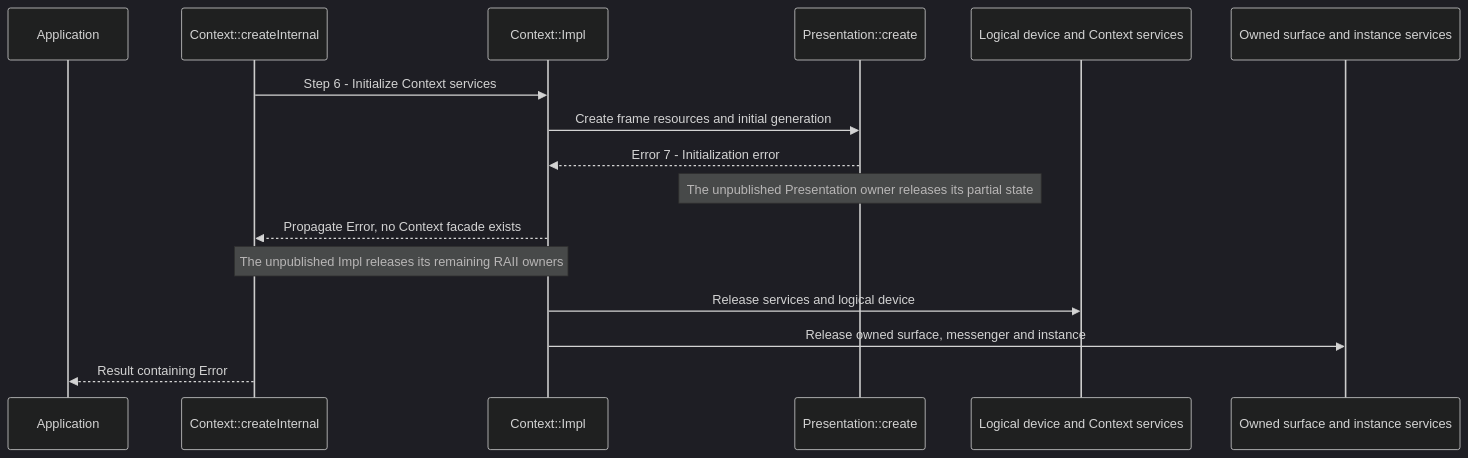
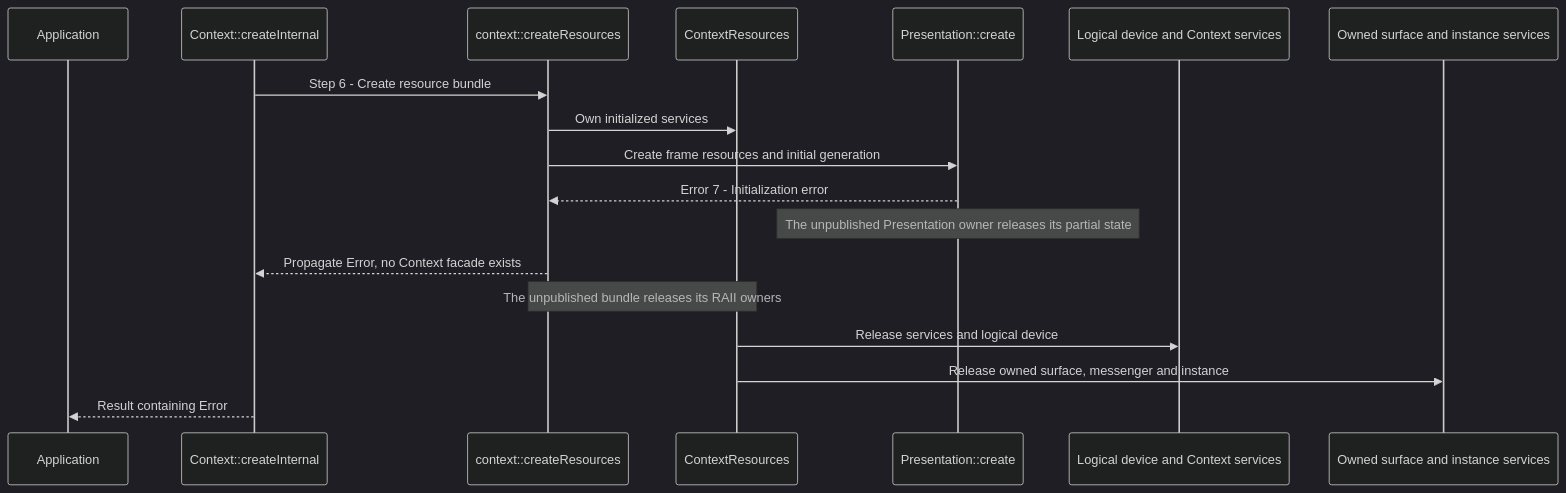
Before and after one commit to a-soltysik/Panda: the third of 3 diagrams in docs/use-cases/create-context.md, drawn with Mermaid (dark theme). The commit also changed other lines of this file and 11 other files, not shown here.

Commit message:
Separate Context initialization from runtime ownership (#107)

````diff
--- a/docs/use-cases/create-context.md
+++ b/docs/use-cases/create-context.md
@@ -188,18 +209,20 @@
 ```mermaid
 sequenceDiagram
     participant A as Application
     participant C as Context::createInternal
-    participant I as Context::Impl
+    participant F as context::createResources
+    participant R as ContextResources
     participant P as Presentation::create
     participant D as Logical device and Context services
     participant S as Owned surface and instance services
-    C->>I: Step 6 - Initialize Context services
-    I->>P: Create frame resources and initial generation
-    P-->>I: Error 7 - Initialization error
+    C->>F: Step 6 - Create resource bundle
+    F->>R: Own initialized services
+    F->>P: Create frame resources and initial generation
+    P-->>F: Error 7 - Initialization error
     Note over P: The unpublished Presentation owner releases its partial state
-    I-->>C: Propagate Error, no Context facade exists
-    Note over C,I: The unpublished Impl releases its remaining RAII owners
-    I->>D: Release services and logical device
-    I->>S: Release owned surface, messenger and instance
+    F-->>C: Propagate Error, no Context facade exists
+    Note over F,R: The unpublished bundle releases its RAII owners
+    R->>D: Release services and logical device
+    R->>S: Release owned surface, messenger and instance
     C-->>A: Result containing Error
 ```
````
